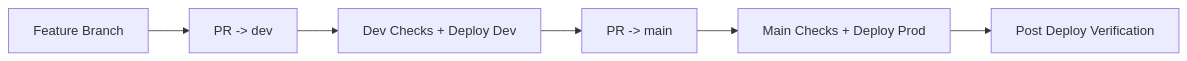
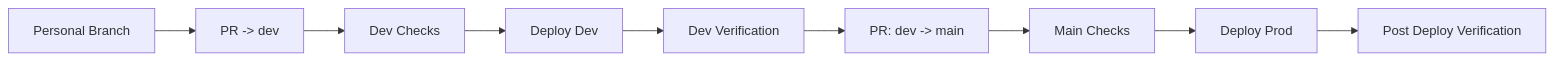
One commit to ZUENS2020/Sherpa changed the diagram in docs/STANDARD_CHANGE_PROCESS.md. Above: the diagram before and after it, drawn with Mermaid. The commit also changed other lines of this file and 1 other file, not shown here.

Commit message:
docs: require dev validation before main

````diff
--- a/docs/STANDARD_CHANGE_PROCESS.md
+++ b/docs/STANDARD_CHANGE_PROCESS.md
@@ -136,8 +172,11 @@
 ```mermaid
 flowchart LR
-  A["Feature Branch"] --> B["PR -> dev"]
-  B --> C["Dev Checks + Deploy Dev"]
-  C --> D["PR -> main"]
-  D --> E["Main Checks + Deploy Prod"]
-  E --> F["Post Deploy Verification"]
+  A["Personal Branch"] --> B["PR -> dev"]
+  B --> C["Dev Checks"]
+  C --> D["Deploy Dev"]
+  D --> E["Dev Verification"]
+  E --> F["PR: dev -> main"]
+  F --> G["Main Checks"]
+  G --> H["Deploy Prod"]
+  H --> I["Post Deploy Verification"]
 ```
````
